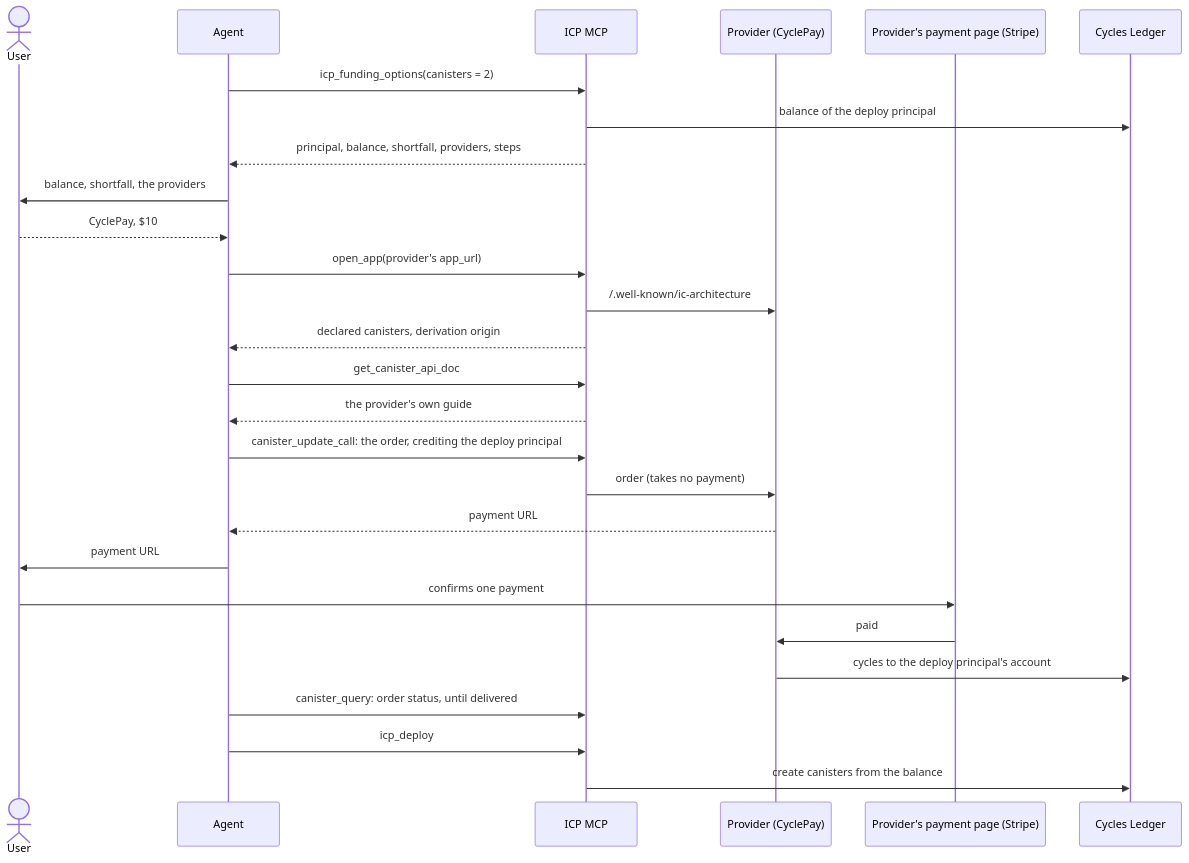
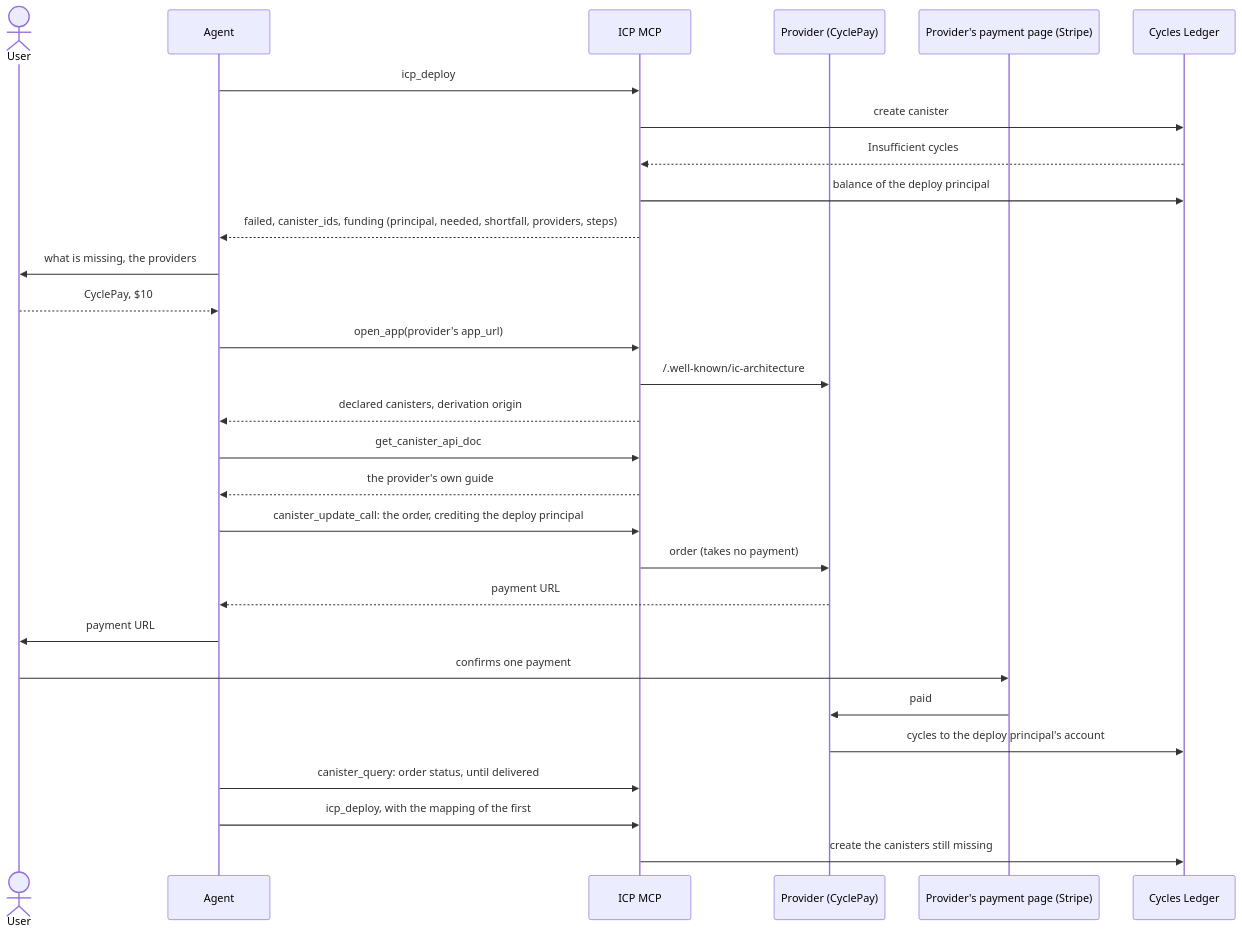
The diagram in docs/scoping-cycles-funding.md (dfinity/imcp2), drawn with Mermaid before and after one commit. The commit also changed other lines of this file and 8 other files, not shown here.

First line of the commit message:
Deploy tools: funding in icp_deploy's own answer, in place of a tool

````diff
--- a/docs/scoping-cycles-funding.md
+++ b/docs/scoping-cycles-funding.md
@@ -130,30 +149,32 @@
 ```mermaid
 sequenceDiagram
     actor U as User
     participant A as Agent
     participant M as ICP MCP
     participant P as Provider (CyclePay)
     participant S as Provider's payment page (Stripe)
     participant L as Cycles Ledger
 
-    A->>M: icp_funding_options(canisters = 2)
+    A->>M: icp_deploy
+    M->>L: create canister
+    L-->>M: Insufficient cycles
     M->>L: balance of the deploy principal
-    M-->>A: principal, balance, shortfall, providers, steps
-    A->>U: balance, shortfall, the providers
+    M-->>A: failed, canister_ids, funding (principal, needed, shortfall, providers, steps)
+    A->>U: what is missing, the providers
     U-->>A: CyclePay, $10
     A->>M: open_app(provider's app_url)
     M->>P: /.well-known/ic-architecture
     M-->>A: declared canisters, derivation origin
     A->>M: get_canister_api_doc
     M-->>A: the provider's own guide
     A->>M: canister_update_call: the order, crediting the deploy principal
     M->>P: order (takes no payment)
     P-->>A: payment URL
     A->>U: payment URL
     U->>S: confirms one payment
     S->>P: paid
     P->>L: cycles to the deploy principal's account
     A->>M: canister_query: order status, until delivered
-    A->>M: icp_deploy
-    M->>L: create canisters from the balance
+    A->>M: icp_deploy, with the mapping of the first
+    M->>L: create the canisters still missing
 ```
````
